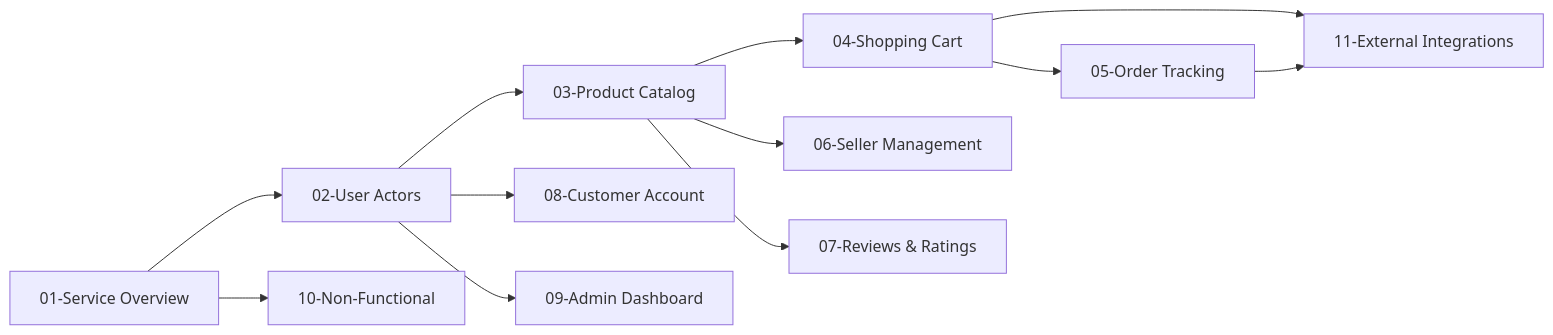
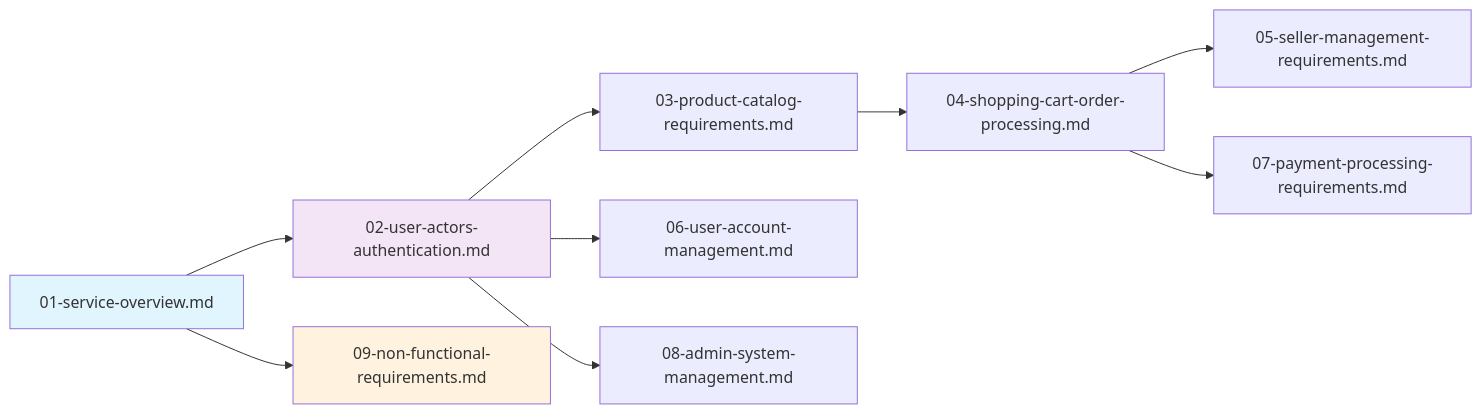
The diagram in deepseek/deepseek-v3.1-terminus-exacto/shopping/docs/analysis/00-toc.md (wrtnlabs/autobe-examples), drawn with Mermaid before and after one commit. The commit also changed other lines of this file and 7173 other files, not shown here.

````diff
--- a/deepseek/deepseek-v3.1-terminus-exacto/shopping/docs/analysis/00-toc.md
+++ b/deepseek/deepseek-v3.1-terminus-exacto/shopping/docs/analysis/00-toc.md
@@ -54,14 +65,15 @@
 ```mermaid
 graph LR
-    A["01-Service Overview"] --> B["02-User Actors"]
-    B --> C["03-Product Catalog"]
-    C --> D["04-Shopping Cart"]
-    D --> E["05-Order Tracking"]
-    C --> F["06-Seller Management"]
-    C --> G["07-Reviews & Ratings"]
-    B --> H["08-Customer Account"]
-    B --> I["09-Admin Dashboard"]
-    A --> J["10-Non-Functional"]
-    D --> K["11-External Integrations"]
-    E --> K
+    A["01-service-overview.md"] --> B["02-user-actors-authentication.md"]
+    B --> C["03-product-catalog-requirements.md"]
+    C --> D["04-shopping-cart-order-processing.md"]
+    D --> E["05-seller-management-requirements.md"]
+    B --> F["06-user-account-management.md"]
+    D --> G["07-payment-processing-requirements.md"]
+    B --> H["08-admin-system-management.md"]
+    A --> I["09-non-functional-requirements.md"]
+    
+    style A fill:#e1f5fe
+    style B fill:#f3e5f5
+    style I fill:#fff3e0
 ```
````
